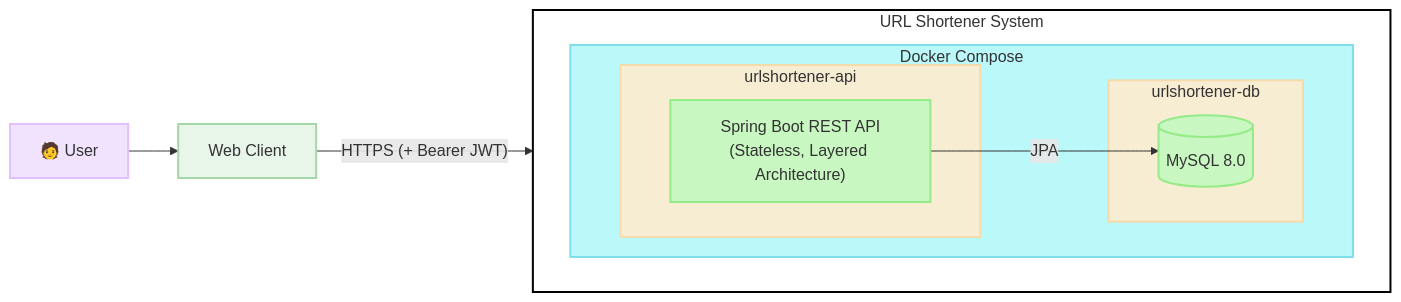
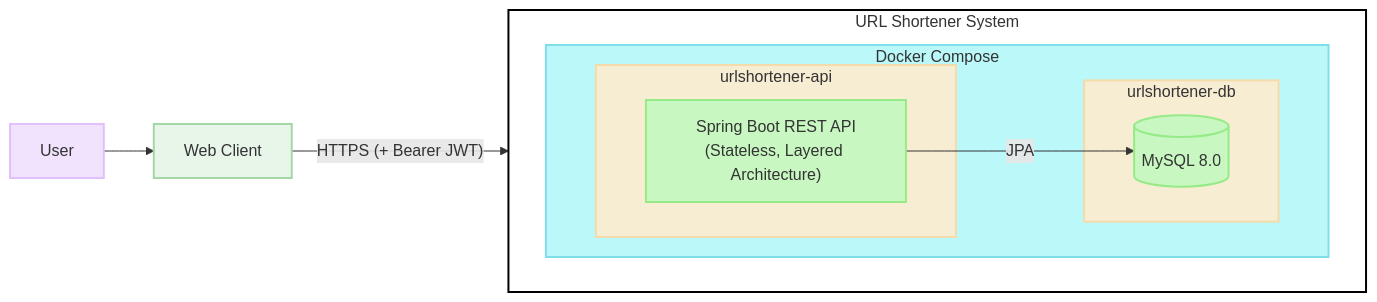
One commit to arnauizquierdo/url-shortener changed the diagram in README.md. Above: the diagram before and after it, drawn with Mermaid. The commit also changed other lines of this file, not shown here.

````diff
--- a/README.md
+++ b/README.md
@@ -86,41 +86,41 @@
 ``` mermaid
 flowchart LR
 
-    User[🧑 User]
+    User[User]
 
     Browser[Web Client]
 
     subgraph SYS["URL Shortener System"]
         direction LR
         
         subgraph DC["Docker Compose"]
             direction LR
             
             subgraph api_container["urlshortener-api"]
                 API["Spring Boot REST API<br/>(Stateless, Layered Architecture)"]
             end
 
             subgraph db_container["urlshortener-db"]
                 DB[(MySQL 8.0)]
             end
         end
     end
 
     User --> Browser
     Browser["Web Client"] -->|"HTTPS (+ Bearer JWT)"| API
     API -->|JPA| DB
 
     style User fill:#F1E3FD,stroke:#E2C0FC,stroke-width:2px
 
     style Browser fill:#E8F5E9,stroke:#A5D6A7,stroke-width:2px
 
     style SYS fill:#FFFFFF,stroke:#000000,stroke-width:2px
 
     style DC fill:#BBF8FA,stroke:#80DEEA,stroke-width:2px
 
     style api_container fill:#F7EDD2,stroke:#F5DBAB,stroke-width:2px
     style db_container fill:#F7EDD2,stroke:#F5DBAB,stroke-width:2px
 
     style API fill:#C8F7C1,stroke:#96EB88,stroke-width:2px
     style DB fill:#C8F7C1,stroke:#96EB88,stroke-width:2px
 ```
````
